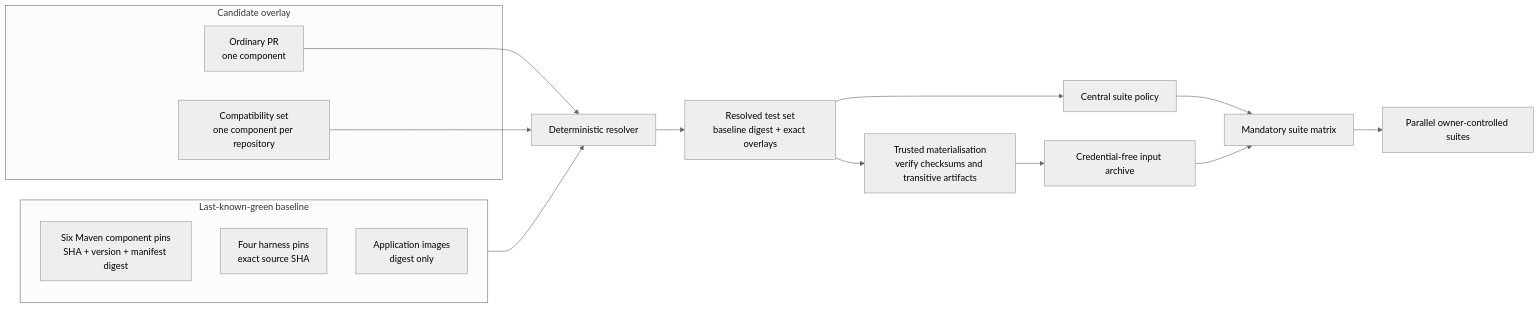
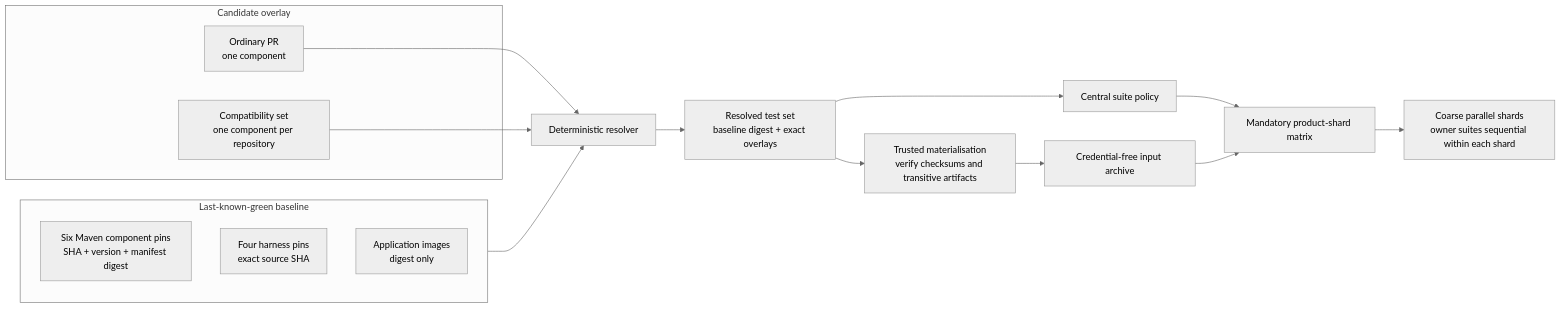
Before and after one commit to The-Pipeline-Framework/pipelineframework: the fourth of 5 diagrams in docs/evolve/cross-repository-system-tests.md, drawn with Mermaid (neutral theme). The commit also changed other lines of this file and 21 other files, not shown here.

````diff
--- a/docs/evolve/cross-repository-system-tests.md
+++ b/docs/evolve/cross-repository-system-tests.md
@@ -160,24 +189,24 @@
 ```mermaid
 flowchart LR
     subgraph Baseline[Last-known-green baseline]
         MavenPins[Six Maven component pins<br/>SHA + version + manifest digest]
         HarnessPins[Four harness pins<br/>exact source SHA]
         ImagePins[Application images<br/>digest only]
     end
 
     subgraph Overlay[Candidate overlay]
         One[Ordinary PR<br/>one component]
         Many[Compatibility set<br/>one component per repository]
     end
 
     Baseline --> Resolver[Deterministic resolver]
     One --> Resolver
     Many --> Resolver
     Resolver --> Resolved[Resolved test set<br/>baseline digest + exact overlays]
     Resolved --> Materialise[Trusted materialisation<br/>verify checksums and transitive artifacts]
     Materialise --> Inputs[Credential-free input archive]
     Resolved --> Policy[Central suite policy]
-    Policy --> Matrix[Mandatory suite matrix]
+    Policy --> Matrix[Mandatory product-shard matrix]
     Inputs --> Matrix
-    Matrix --> Run[Parallel owner-controlled suites]
+    Matrix --> Run[Coarse parallel shards<br/>owner suites sequential within each shard]
 ```
````
